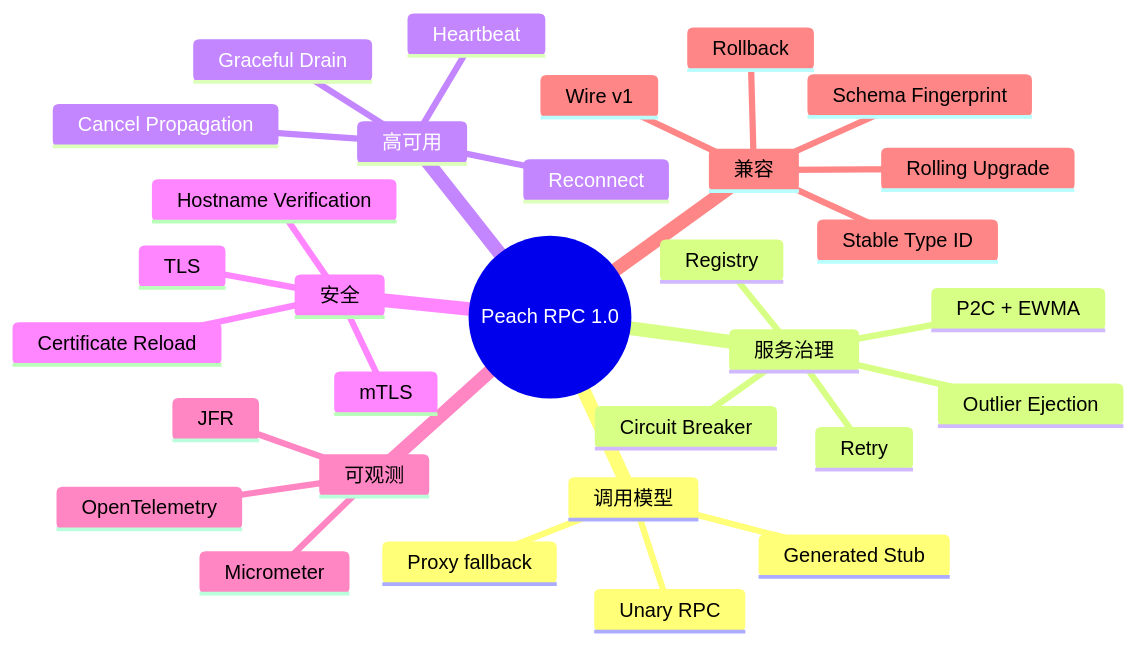
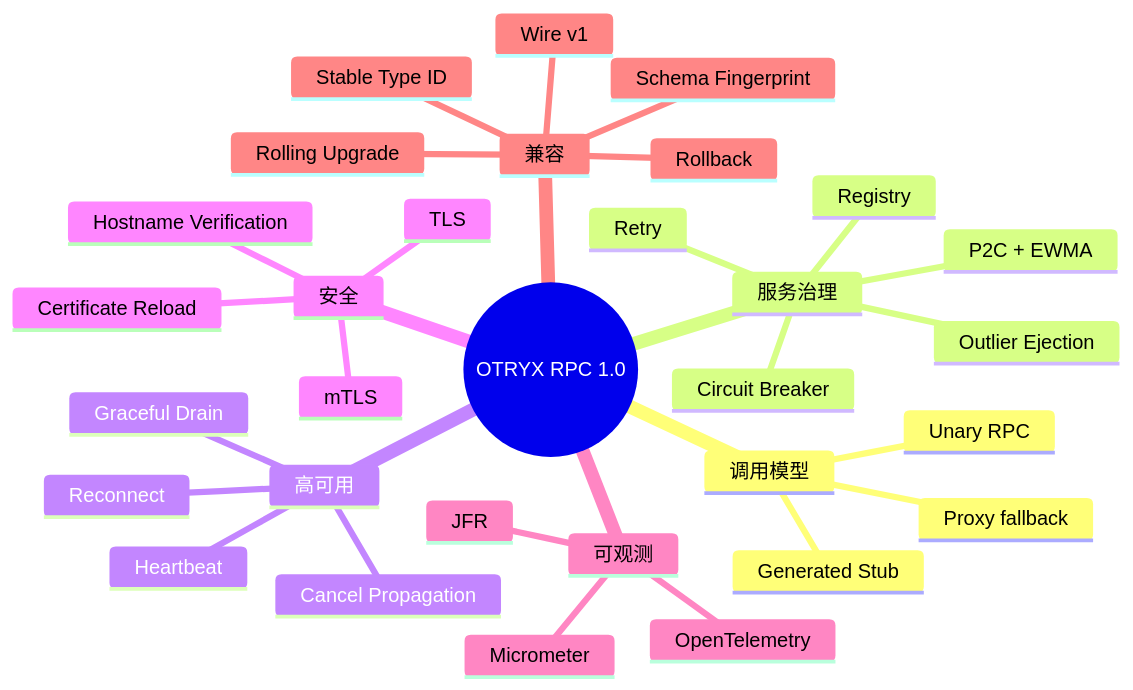
Before and after one commit to Ryan-Guizhou/peach-rpc: the diagram in docs/features.md, drawn with Mermaid. The commit also changed other lines of this file and 339 other files, not shown here.

````diff
--- a/docs/features.md
+++ b/docs/features.md
@@ -7,34 +7,34 @@
 ```mermaid
 mindmap
-  root((Peach RPC 1.0))
+  root((OTRYX RPC 1.0))
     调用模型
       Unary RPC
       Generated Stub
       Proxy fallback
     服务治理
       Registry
       P2C + EWMA
       Retry
       Circuit Breaker
       Outlier Ejection
     高可用
       Heartbeat
       Reconnect
       Graceful Drain
       Cancel Propagation
     安全
       TLS
       mTLS
       Hostname Verification
       Certificate Reload
     可观测
       Micrometer
       OpenTelemetry
       JFR
     兼容
       Wire v1
       Stable Type ID
       Schema Fingerprint
       Rolling Upgrade
       Rollback
 ```
````
